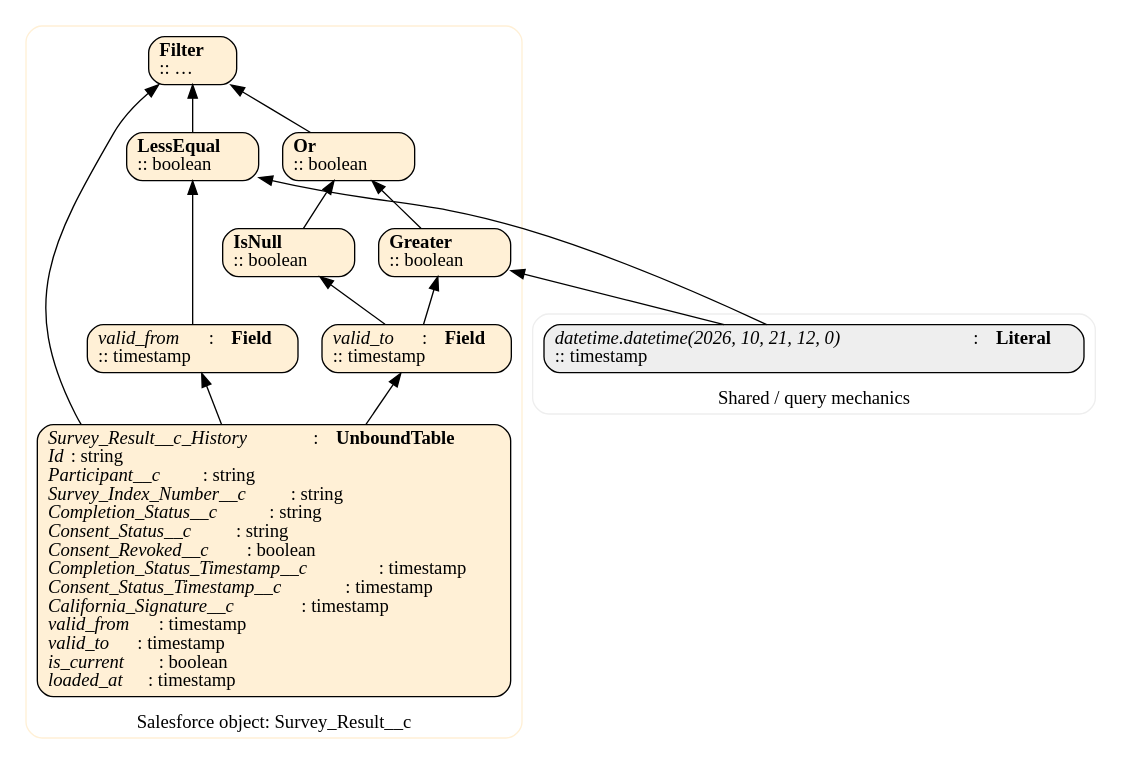
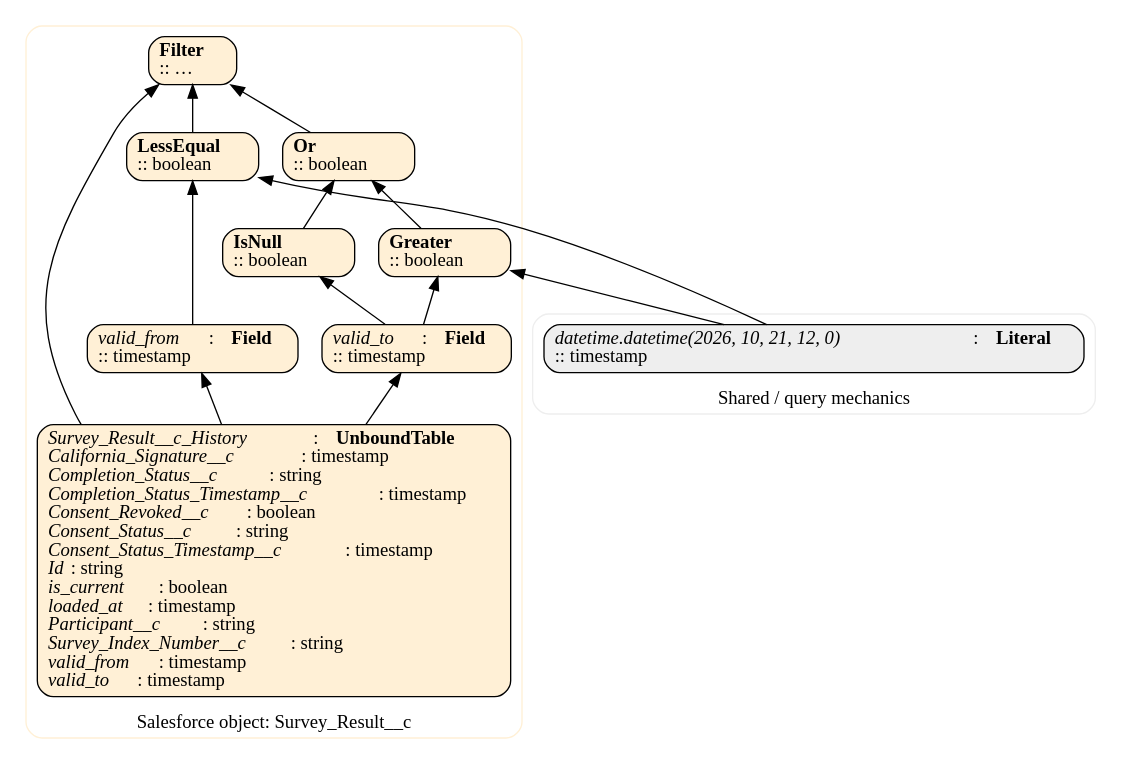
One commit to mbkranz/ppsc-ops-data-quality changed the diagram in docs/suites/account_to_survey_results_flow_Survey_Results_At_Execution.dot. Above: the diagram before and after it, drawn with Graphviz. The commit also changed 88 other files, not shown here.

```diff
--- a/docs/suites/account_to_survey_results_flow_Survey_Results_At_Execution.dot
+++ b/docs/suites/account_to_survey_results_flow_Survey_Results_At_Execution.dot
@@ -1,41 +1,41 @@
 digraph {
 	node [fontname="Deja Vu Sans Mono" shape=box]
 	edge [fontname="Deja Vu Sans Mono"]
 	rankdir=BT
-	4473197857552660383 [label=<<B>Filter</B><BR ALIGN="LEFT" />:: …<BR ALIGN="LEFT" />> fillcolor="#FFF0D6" group="Salesforce object: Survey_Result__c" style="rounded,filled" tooltip="Parent entity: Salesforce object: Survey_Result__c"]
-	-8662755597459681734 [label=<<I>Survey_Result__c_History</I>: <B>UnboundTable</B><BR ALIGN="LEFT" /><I>Id</I>: string<BR ALIGN="LEFT" /><I>Participant__c</I>: string<BR ALIGN="LEFT" /><I>Survey_Index_Number__c</I>: string<BR ALIGN="LEFT" /><I>Completion_Status__c</I>: string<BR ALIGN="LEFT" /><I>Consent_Status__c</I>: string<BR ALIGN="LEFT" /><I>Consent_Revoked__c</I>: boolean<BR ALIGN="LEFT" /><I>Completion_Status_Timestamp__c</I>: timestamp<BR ALIGN="LEFT" /><I>Consent_Status_Timestamp__c</I>: timestamp<BR ALIGN="LEFT" /><I>California_Signature__c</I>: timestamp<BR ALIGN="LEFT" /><I>valid_from</I>: timestamp<BR ALIGN="LEFT" /><I>valid_to</I>: timestamp<BR ALIGN="LEFT" /><I>is_current</I>: boolean<BR ALIGN="LEFT" /><I>loaded_at</I>: timestamp<BR ALIGN="LEFT" />> fillcolor="#FFF0D6" group="Salesforce object: Survey_Result__c" style="rounded,filled" tooltip="Parent entity: Salesforce object: Survey_Result__c"]
-	-8662755597459681734 -> 4473197857552660383
-	4038785503220360951 [label=<<B>LessEqual</B><BR ALIGN="LEFT" />:: boolean<BR ALIGN="LEFT" />> fillcolor="#FFF0D6" group="Salesforce object: Survey_Result__c" style="rounded,filled" tooltip="Parent entity: Salesforce object: Survey_Result__c"]
-	4038785503220360951 -> 4473197857552660383
-	3200355025780586539 [label=<<B>Or</B><BR ALIGN="LEFT" />:: boolean<BR ALIGN="LEFT" />> fillcolor="#FFF0D6" group="Salesforce object: Survey_Result__c" style="rounded,filled" tooltip="Parent entity: Salesforce object: Survey_Result__c"]
-	3200355025780586539 -> 4473197857552660383
-	-8368945208421730832 [label=<<I>valid_from</I>: <B>Field</B><BR ALIGN="LEFT" />:: timestamp<BR ALIGN="LEFT" />> fillcolor="#FFF0D6" group="Salesforce object: Survey_Result__c" style="rounded,filled" tooltip="Parent entity: Salesforce object: Survey_Result__c"]
-	-8368945208421730832 -> 4038785503220360951
-	4292849112477447238 [label=<<I>datetime.datetime(2026, 10, 21, 12, 0)</I>: <B>Literal</B><BR ALIGN="LEFT" />:: timestamp<BR ALIGN="LEFT" />> fillcolor="#EEEEEE" group="Shared / query mechanics" style="rounded,filled" tooltip="Parent entity: Shared / query mechanics"]
-	4292849112477447238 -> 4038785503220360951
-	5610083091542672913 [label=<<B>Greater</B><BR ALIGN="LEFT" />:: boolean<BR ALIGN="LEFT" />> fillcolor="#FFF0D6" group="Salesforce object: Survey_Result__c" style="rounded,filled" tooltip="Parent entity: Salesforce object: Survey_Result__c"]
-	5610083091542672913 -> 3200355025780586539
-	5250262178329191234 [label=<<B>IsNull</B><BR ALIGN="LEFT" />:: boolean<BR ALIGN="LEFT" />> fillcolor="#FFF0D6" group="Salesforce object: Survey_Result__c" style="rounded,filled" tooltip="Parent entity: Salesforce object: Survey_Result__c"]
-	5250262178329191234 -> 3200355025780586539
-	-8662755597459681734 -> -8368945208421730832
-	3001919884328680852 [label=<<I>valid_to</I>: <B>Field</B><BR ALIGN="LEFT" />:: timestamp<BR ALIGN="LEFT" />> fillcolor="#FFF0D6" group="Salesforce object: Survey_Result__c" style="rounded,filled" tooltip="Parent entity: Salesforce object: Survey_Result__c"]
-	3001919884328680852 -> 5610083091542672913
-	4292849112477447238 -> 5610083091542672913
-	3001919884328680852 -> 5250262178329191234
-	-8662755597459681734 -> 3001919884328680852
+	-5660938823213736473 [label=<<B>Filter</B><BR ALIGN="LEFT" />:: …<BR ALIGN="LEFT" />> fillcolor="#FFF0D6" group="Salesforce object: Survey_Result__c" style="rounded,filled" tooltip="Parent entity: Salesforce object: Survey_Result__c"]
+	489709042717062899 [label=<<I>Survey_Result__c_History</I>: <B>UnboundTable</B><BR ALIGN="LEFT" /><I>California_Signature__c</I>: timestamp<BR ALIGN="LEFT" /><I>Completion_Status__c</I>: string<BR ALIGN="LEFT" /><I>Completion_Status_Timestamp__c</I>: timestamp<BR ALIGN="LEFT" /><I>Consent_Revoked__c</I>: boolean<BR ALIGN="LEFT" /><I>Consent_Status__c</I>: string<BR ALIGN="LEFT" /><I>Consent_Status_Timestamp__c</I>: timestamp<BR ALIGN="LEFT" /><I>Id</I>: string<BR ALIGN="LEFT" /><I>is_current</I>: boolean<BR ALIGN="LEFT" /><I>loaded_at</I>: timestamp<BR ALIGN="LEFT" /><I>Participant__c</I>: string<BR ALIGN="LEFT" /><I>Survey_Index_Number__c</I>: string<BR ALIGN="LEFT" /><I>valid_from</I>: timestamp<BR ALIGN="LEFT" /><I>valid_to</I>: timestamp<BR ALIGN="LEFT" />> fillcolor="#FFF0D6" group="Salesforce object: Survey_Result__c" style="rounded,filled" tooltip="Parent entity: Salesforce object: Survey_Result__c"]
+	489709042717062899 -> -5660938823213736473
+	8503392189552105167 [label=<<B>LessEqual</B><BR ALIGN="LEFT" />:: boolean<BR ALIGN="LEFT" />> fillcolor="#FFF0D6" group="Salesforce object: Survey_Result__c" style="rounded,filled" tooltip="Parent entity: Salesforce object: Survey_Result__c"]
+	8503392189552105167 -> -5660938823213736473
+	6067401139238865702 [label=<<B>Or</B><BR ALIGN="LEFT" />:: boolean<BR ALIGN="LEFT" />> fillcolor="#FFF0D6" group="Salesforce object: Survey_Result__c" style="rounded,filled" tooltip="Parent entity: Salesforce object: Survey_Result__c"]
+	6067401139238865702 -> -5660938823213736473
+	3150352241043016749 [label=<<I>valid_from</I>: <B>Field</B><BR ALIGN="LEFT" />:: timestamp<BR ALIGN="LEFT" />> fillcolor="#FFF0D6" group="Salesforce object: Survey_Result__c" style="rounded,filled" tooltip="Parent entity: Salesforce object: Survey_Result__c"]
+	3150352241043016749 -> 8503392189552105167
+	-7699747906863967735 [label=<<I>datetime.datetime(2026, 10, 21, 12, 0)</I>: <B>Literal</B><BR ALIGN="LEFT" />:: timestamp<BR ALIGN="LEFT" />> fillcolor="#EEEEEE" group="Shared / query mechanics" style="rounded,filled" tooltip="Parent entity: Shared / query mechanics"]
+	-7699747906863967735 -> 8503392189552105167
+	1576196562948850825 [label=<<B>Greater</B><BR ALIGN="LEFT" />:: boolean<BR ALIGN="LEFT" />> fillcolor="#FFF0D6" group="Salesforce object: Survey_Result__c" style="rounded,filled" tooltip="Parent entity: Salesforce object: Survey_Result__c"]
+	1576196562948850825 -> 6067401139238865702
+	110609110041933695 [label=<<B>IsNull</B><BR ALIGN="LEFT" />:: boolean<BR ALIGN="LEFT" />> fillcolor="#FFF0D6" group="Salesforce object: Survey_Result__c" style="rounded,filled" tooltip="Parent entity: Salesforce object: Survey_Result__c"]
+	110609110041933695 -> 6067401139238865702
+	489709042717062899 -> 3150352241043016749
+	5756820285639195832 [label=<<I>valid_to</I>: <B>Field</B><BR ALIGN="LEFT" />:: timestamp<BR ALIGN="LEFT" />> fillcolor="#FFF0D6" group="Salesforce object: Survey_Result__c" style="rounded,filled" tooltip="Parent entity: Salesforce object: Survey_Result__c"]
+	5756820285639195832 -> 1576196562948850825
+	-7699747906863967735 -> 1576196562948850825
+	5756820285639195832 -> 110609110041933695
+	489709042717062899 -> 5756820285639195832
 	subgraph cluster_parent_0 {
 		color="#FFF0D6" label="Salesforce object: Survey_Result__c" style=rounded
-		4473197857552660383
-		-8662755597459681734
-		4038785503220360951
-		3200355025780586539
-		-8368945208421730832
-		5610083091542672913
-		5250262178329191234
-		3001919884328680852
+		-5660938823213736473
+		489709042717062899
+		8503392189552105167
+		6067401139238865702
+		3150352241043016749
+		1576196562948850825
+		110609110041933695
+		5756820285639195832
 	}
 	subgraph cluster_parent_1 {
 		color="#EEEEEE" label="Shared / query mechanics" style=rounded
-		4292849112477447238
+		-7699747906863967735
 	}
 }
```
